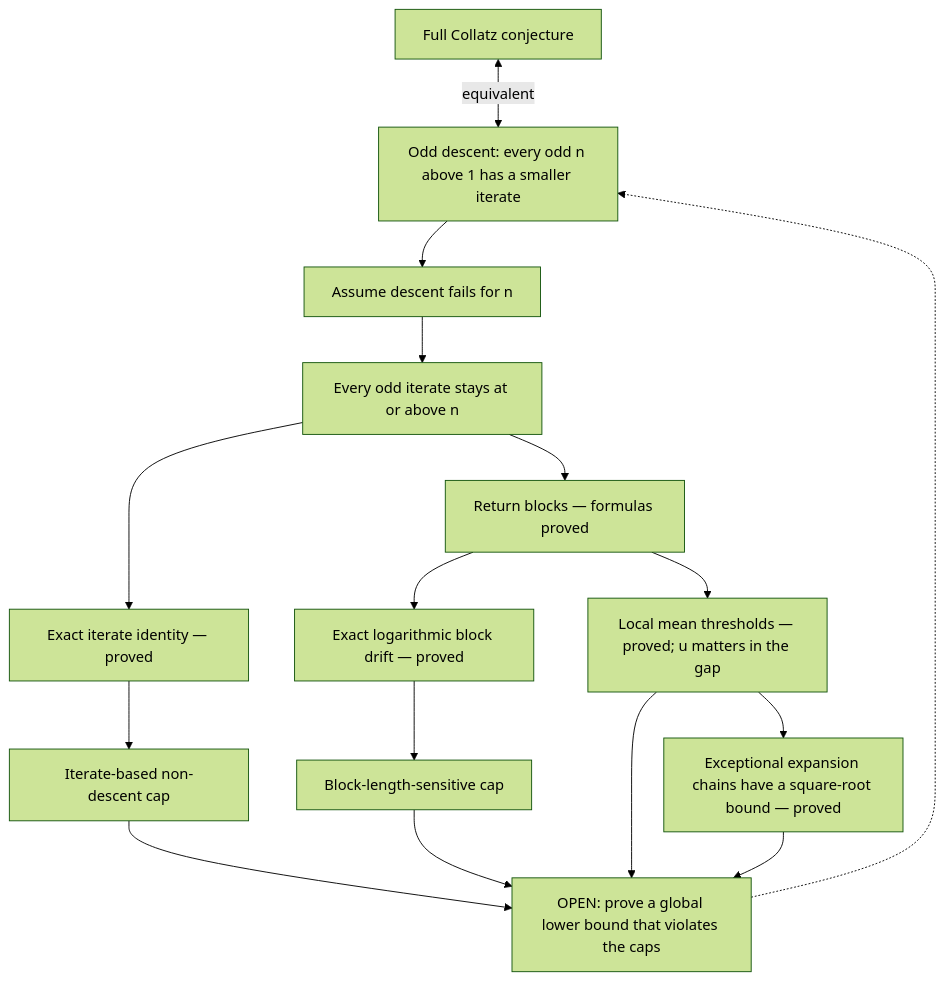
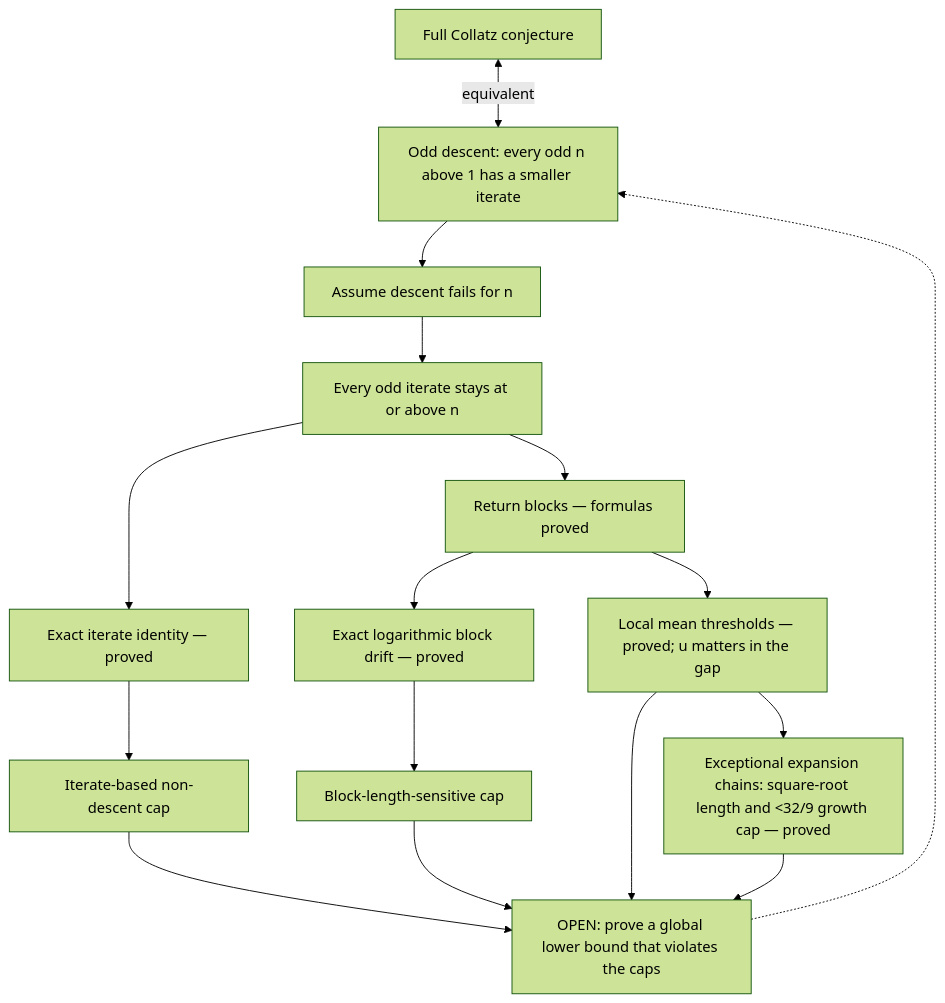
One commit to bassnicole1026-pixel/uctproject changed the diagram in ROADMAP.md. Above: the diagram before and after it, drawn with Mermaid (forest theme). The commit also changed other lines of this file and 1 other file, not shown here.

Commit message:
Cap growth across exceptional expansion chains

````diff
--- a/ROADMAP.md
+++ b/ROADMAP.md
@@ -476,18 +490,18 @@
 ```mermaid
 flowchart TD
     C["Full Collatz conjecture"] <-->|equivalent| D["Odd descent: every odd n above 1 has a smaller iterate"]
     D --> H["Assume descent fails for n"]
     H --> N["Every odd iterate stays at or above n"]
     N --> I["Exact iterate identity — proved"]
     I --> U1["Iterate-based non-descent cap"]
     N --> B["Return blocks — formulas proved"]
     B --> L["Local mean thresholds — proved; u matters in the gap"]
-    L --> X["Exceptional expansion chains have a square-root bound — proved"]
+    L --> X["Exceptional expansion chains: square-root length and <32/9 growth cap — proved"]
     B --> J["Exact logarithmic block drift — proved"]
     J --> U2["Block-length-sensitive cap"]
     U1 --> G["OPEN: prove a global lower bound that violates the caps"]
     U2 --> G
     L --> G
     X --> G
     G -.-> D
 ```
````
